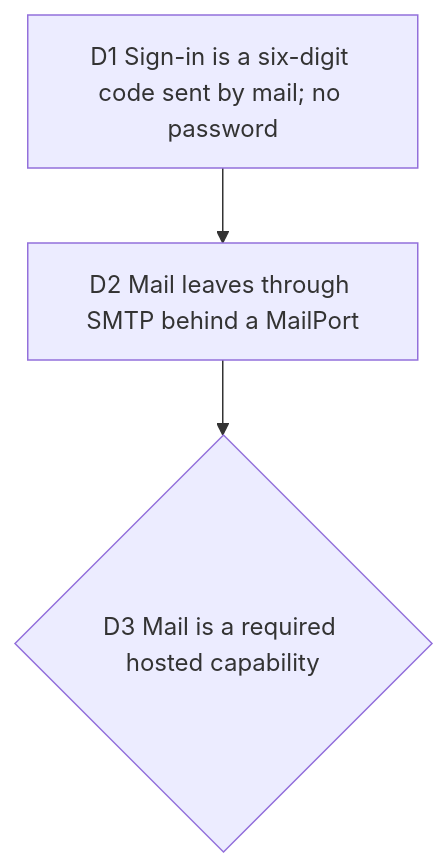
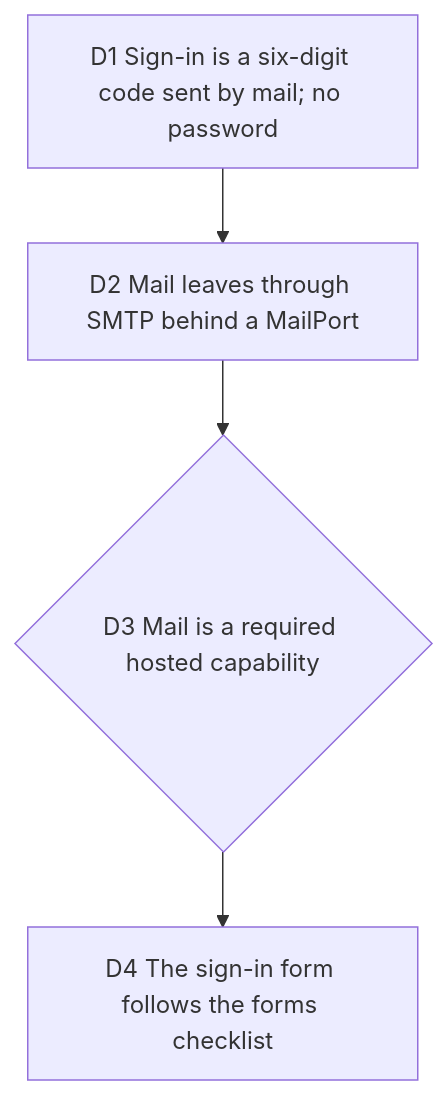
The diagram in docs/decisions/2026-10-08-passwordless-auth.md (delhombre/typelapse), drawn with Mermaid before and after one commit. The commit also changed other lines of this file and 7 other files, not shown here.

First line of the commit message:
fix(auth): the sign-in form meets the forms checklist (placeholders, autocomplete, loading, focus)

````diff
--- a/docs/decisions/2026-10-08-passwordless-auth.md
+++ b/docs/decisions/2026-10-08-passwordless-auth.md
@@ -9,7 +9,8 @@
 ```mermaid
 flowchart TD
   D1["D1 Sign-in is a six-digit code sent by mail; no password"]
   D2["D2 Mail leaves through SMTP behind a MailPort"]
   D3{"D3 Mail is a required hosted capability"}
-  D1 --> D2 --> D3
+  D4["D4 The sign-in form follows the forms checklist"]
+  D1 --> D2 --> D3 --> D4
 ```
````
